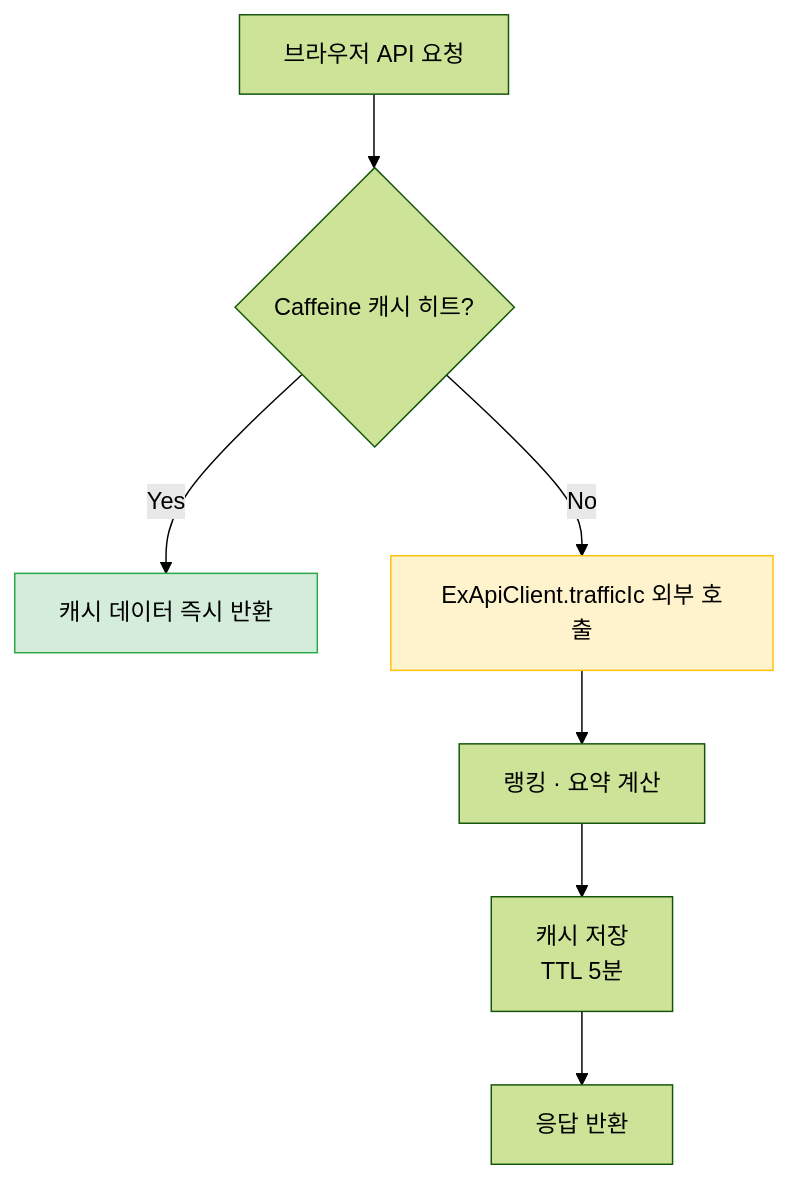
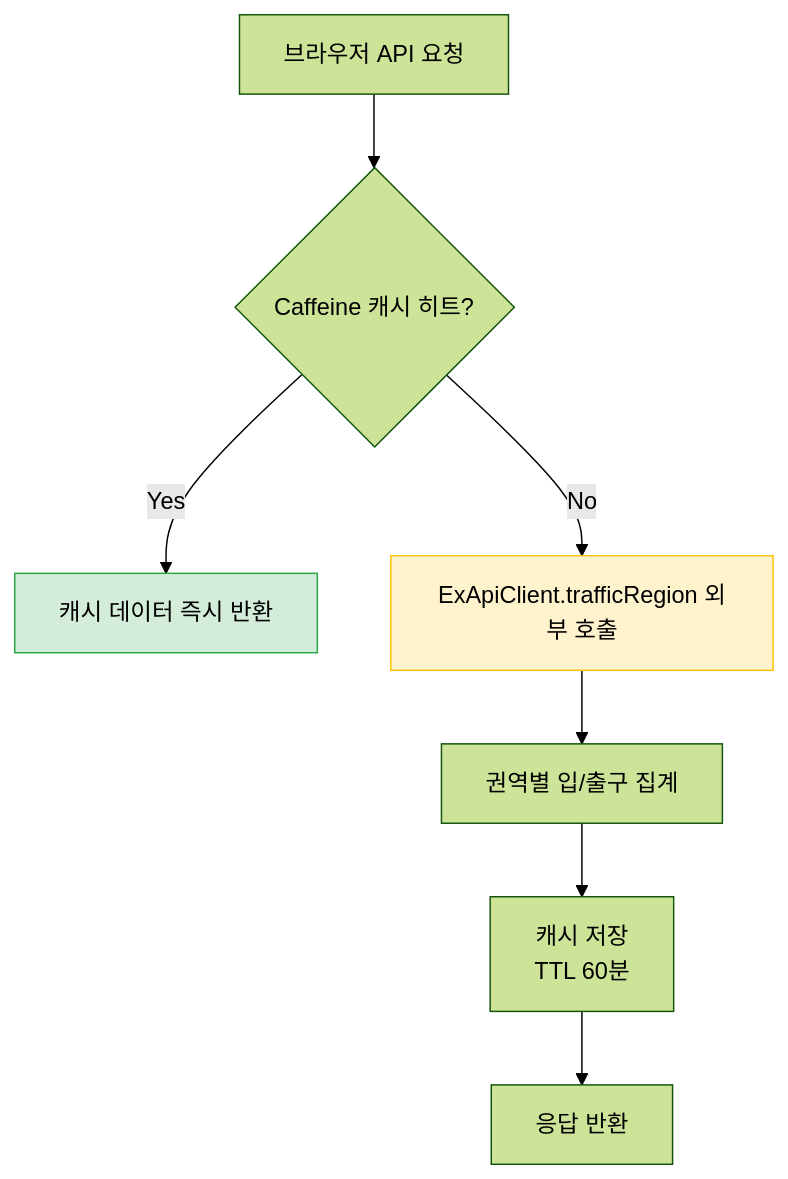
One commit to jangjisu/vroom-tracker changed the second of 3 diagrams in README.md. Above: the diagram before and after it, drawn with Mermaid (forest theme). The commit also changed other lines of this file, not shown here.

````diff
--- a/README.md
+++ b/README.md
@@ -49,12 +34,12 @@
 ```mermaid
 flowchart TD
     A[브라우저 API 요청] --> B{Caffeine 캐시 히트?}
     B -- Yes --> C[캐시 데이터 즉시 반환]
-    B -- No --> D[ExApiClient.trafficIc 외부 호출]
-    D --> E[랭킹 · 요약 계산]
-    E --> F[캐시 저장\nTTL 5분]
+    B -- No --> D[ExApiClient.trafficRegion 외부 호출]
+    D --> E[권역별 입/출구 집계]
+    E --> F[캐시 저장\nTTL 60분]
     F --> G[응답 반환]
 
     style C fill:#d4edda,stroke:#28a745
     style D fill:#fff3cd,stroke:#ffc107
 ```
````
